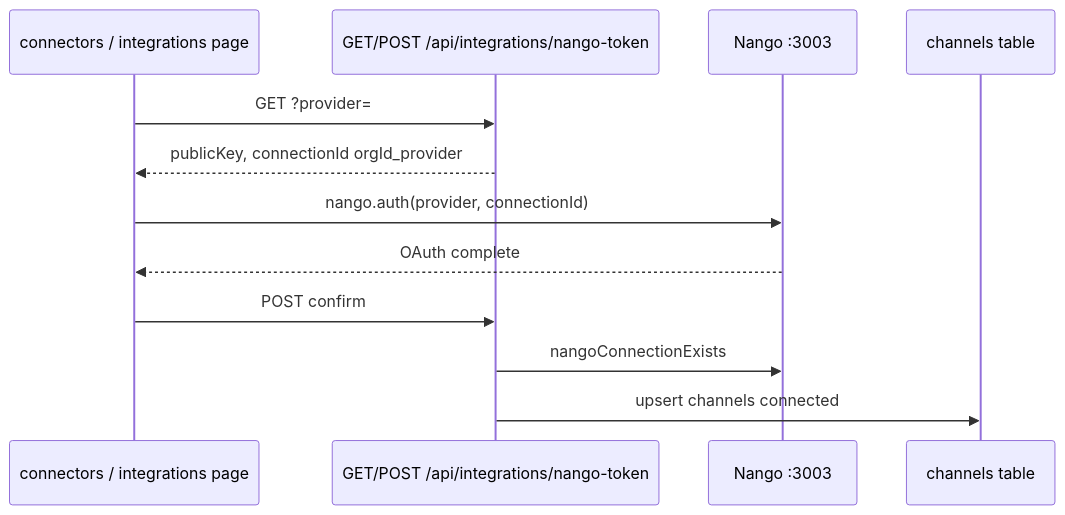
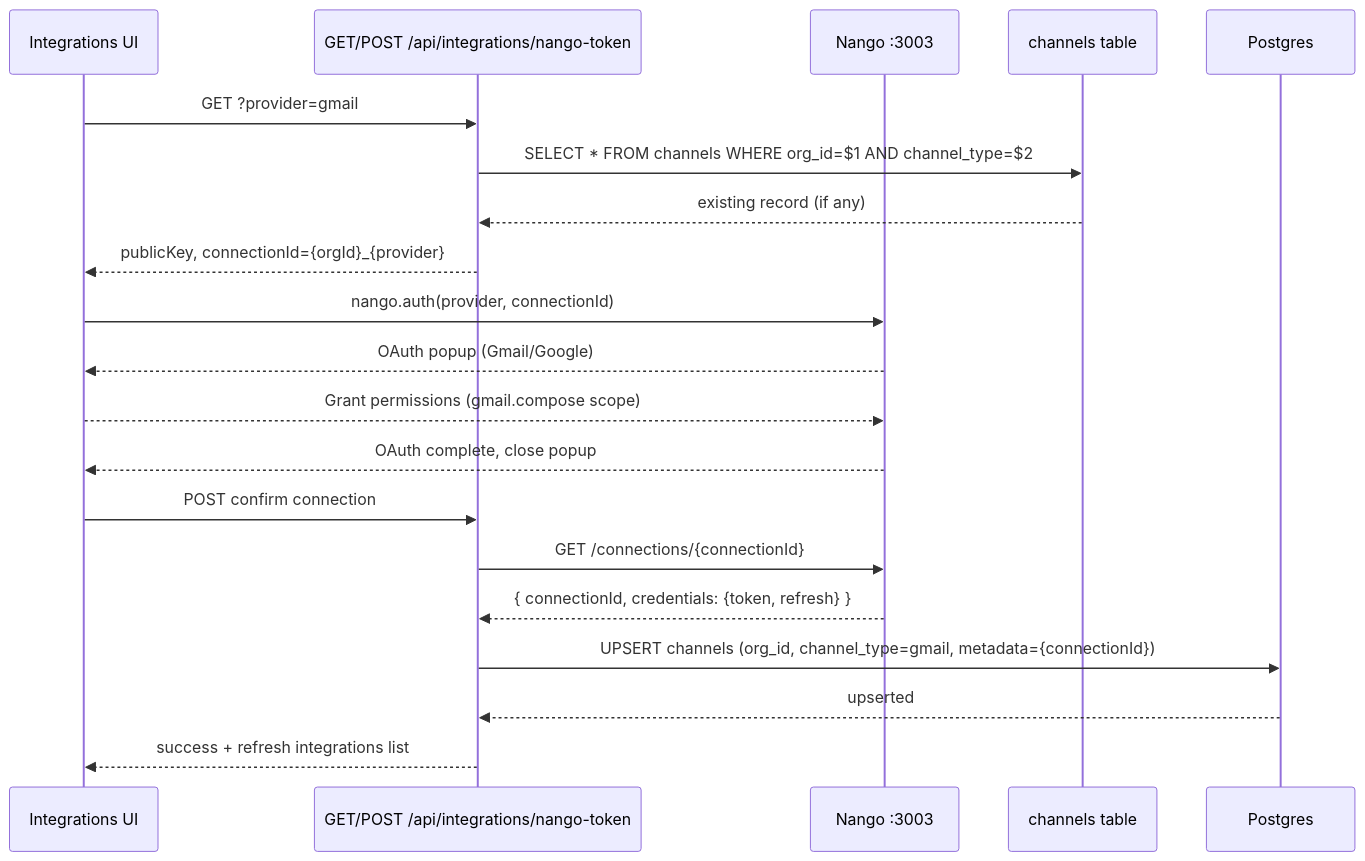
The fifth of 20 diagrams in docs/current-working/02-architecture-diagrams.md (Siddhantdamre/Agentic-OS), drawn with Mermaid before and after one commit. The commit also changed other lines of this file, not shown here.

First line of the commit message:
docs: add 20 comprehensive architecture diagrams to 02-architecture-diagrams.md

````diff
--- a/docs/current-working/02-architecture-diagrams.md
+++ b/docs/current-working/02-architecture-diagrams.md
@@ -101,15 +174,23 @@
 ```mermaid
 sequenceDiagram
-  participant UI as connectors / integrations page
-  participant NT as GET/POST /api/integrations/nango-token
+  participant UI as Integrations UI
+  participant API as GET/POST /api/integrations/nango-token
   participant Nango as Nango :3003
   participant DB as channels table
+  participant PG as Postgres
 
-  UI->>NT: GET ?provider=
-  NT-->>UI: publicKey, connectionId orgId_provider
+  UI->>API: GET ?provider=gmail
+  API->>DB: SELECT * FROM channels WHERE org_id=$1 AND channel_type=$2
+  DB-->>API: existing record (if any)
+  API-->>UI: publicKey, connectionId={orgId}_{provider}
   UI->>Nango: nango.auth(provider, connectionId)
-  Nango-->>UI: OAuth complete
-  UI->>NT: POST confirm
-  NT->>Nango: nangoConnectionExists
-  NT->>DB: upsert channels connected
+  Nango-->>UI: OAuth popup (Gmail/Google)
+  UI-->>Nango: Grant permissions (gmail.compose scope)
+  Nango-->>UI: OAuth complete, close popup
+  UI->>API: POST confirm connection
+  API->>Nango: GET /connections/{connectionId}
+  Nango-->>API: { connectionId, credentials: {token, refresh} }
+  API->>PG: UPSERT channels (org_id, channel_type=gmail, metadata={connectionId})
+  PG-->>API: upserted
+  API-->>UI: success + refresh integrations list
 ```
````
